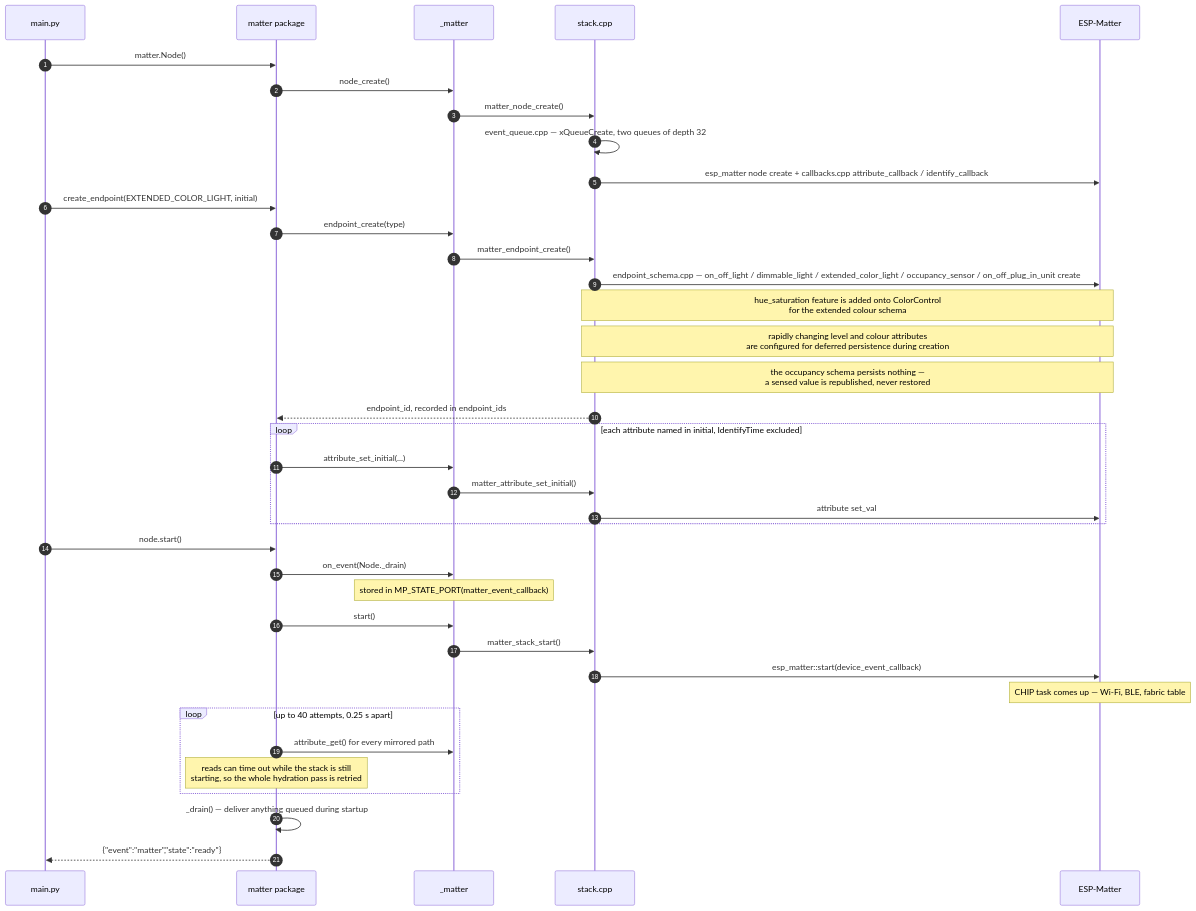
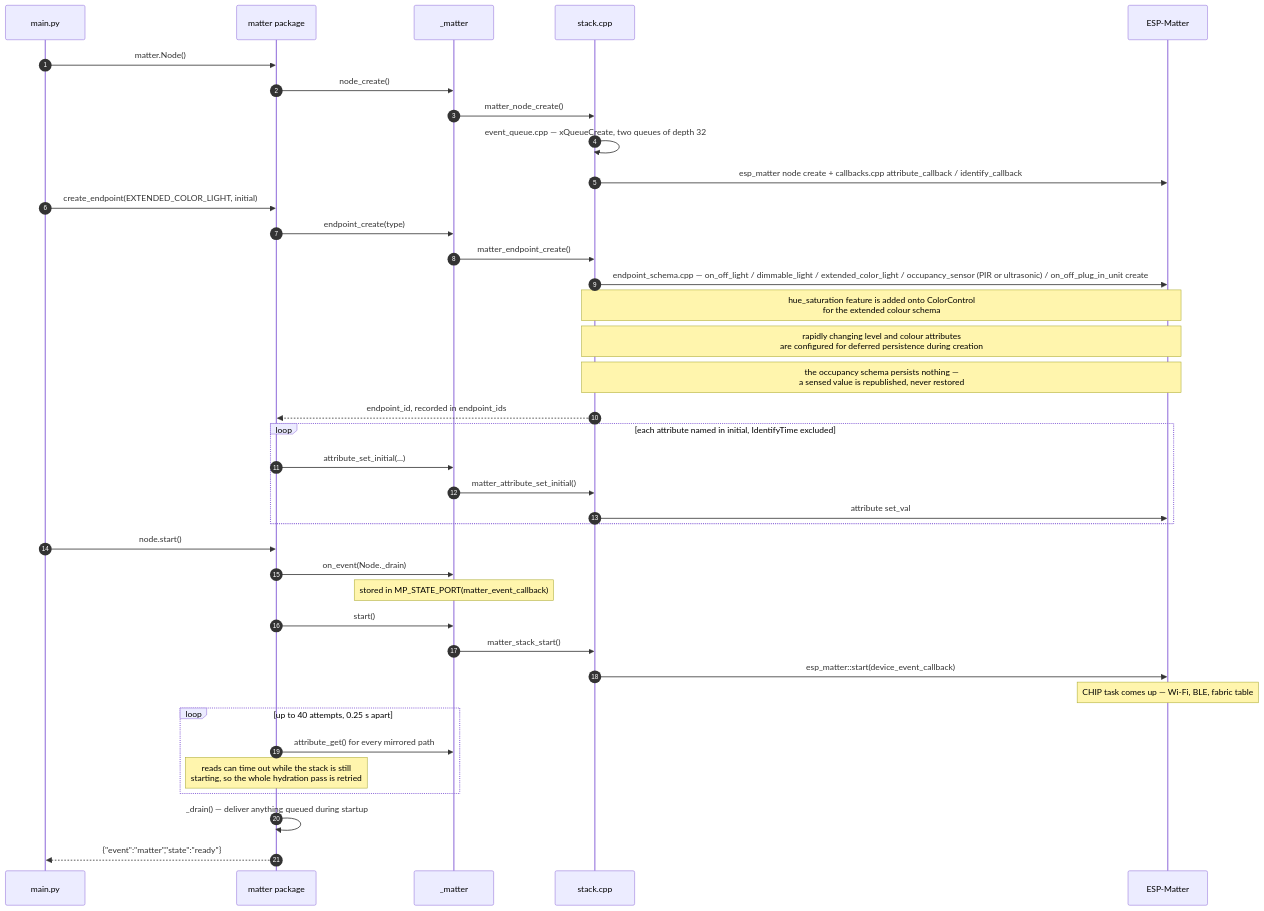
The second of 5 diagrams in firmware-packages/matter/ARCHITECTURE.md (khlam/micropython-boardfarm), drawn with Mermaid before and after one commit. The commit also changed other lines of this file and 10 other files, not shown here.

````diff
--- a/firmware-packages/matter/ARCHITECTURE.md
+++ b/firmware-packages/matter/ARCHITECTURE.md
@@ -75,43 +75,43 @@
 ```mermaid
 sequenceDiagram
     autonumber
     participant app as main.py
     participant py as matter package
     participant mod as _matter
     participant st as stack.cpp
     participant esp as ESP-Matter
 
     app->>py: matter.Node()
     py->>mod: node_create()
     mod->>st: matter_node_create()
     st->>st: event_queue.cpp — xQueueCreate, two queues of depth 32
     st->>esp: esp_matter node create + callbacks.cpp attribute_callback / identify_callback
 
     app->>py: create_endpoint(EXTENDED_COLOR_LIGHT, initial)
     py->>mod: endpoint_create(type)
     mod->>st: matter_endpoint_create()
-    st->>esp: endpoint_schema.cpp — on_off_light / dimmable_light / extended_color_light / occupancy_sensor / on_off_plug_in_unit create
+    st->>esp: endpoint_schema.cpp — on_off_light / dimmable_light / extended_color_light / occupancy_sensor (PIR or ultrasonic) / on_off_plug_in_unit create
     Note over st,esp: hue_saturation feature is added onto ColorControl<br/>for the extended colour schema
     Note over st,esp: rapidly changing level and colour attributes<br/>are configured for deferred persistence during creation
     Note over st,esp: the occupancy schema persists nothing —<br/>a sensed value is republished, never restored
     st-->>py: endpoint_id, recorded in endpoint_ids
     loop each attribute named in initial, IdentifyTime excluded
         py->>mod: attribute_set_initial(...)
         mod->>st: matter_attribute_set_initial()
         st->>esp: attribute set_val
     end
 
     app->>py: node.start()
     py->>mod: on_event(Node._drain)
     Note over mod: stored in MP_STATE_PORT(matter_event_callback)
     py->>mod: start()
     mod->>st: matter_stack_start()
     st->>esp: esp_matter::start(device_event_callback)
     Note over esp: CHIP task comes up — Wi-Fi, BLE, fabric table
     loop up to 40 attempts, 0.25 s apart
         py->>mod: attribute_get() for every mirrored path
         Note over py: reads can time out while the stack is still<br/>starting, so the whole hydration pass is retried
     end
     py->>py: _drain() — deliver anything queued during startup
     py-->>app: {"event":"matter","state":"ready"}
 ```
````
